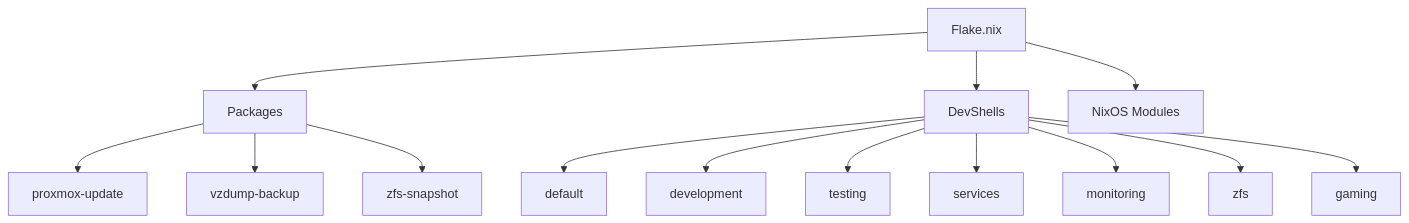
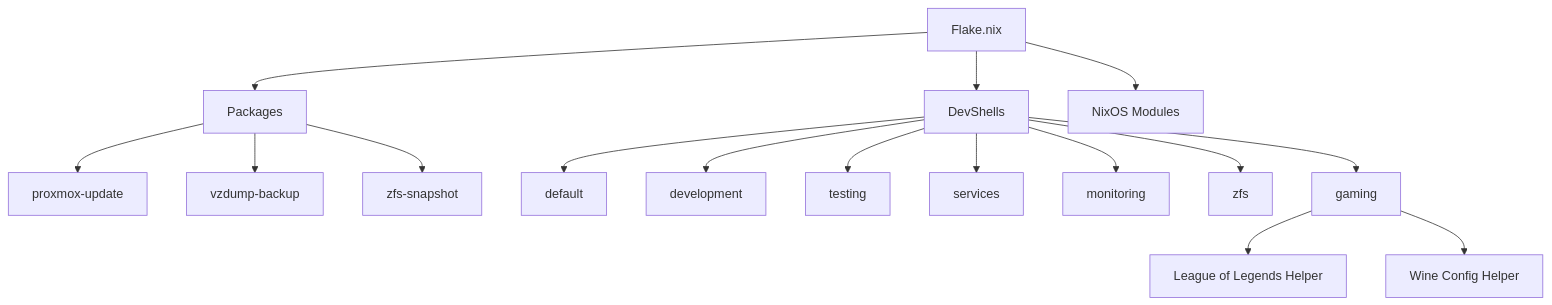
One commit to Hydepwns/nix-mox changed the fourth of 5 diagrams in docs/architecture/ARCHITECTURE.md. Above: the diagram before and after it, drawn with Mermaid. The commit also changed other lines of this file and 2 other files, not shown here.

````diff
--- a/docs/architecture/ARCHITECTURE.md
+++ b/docs/architecture/ARCHITECTURE.md
@@ -85,18 +89,20 @@
 ```mermaid
 graph TD
     A[Flake.nix] --> B[Packages]
     A --> C[DevShells]
     A --> D[NixOS Modules]
     
     B --> B1[proxmox-update]
     B --> B2[vzdump-backup]
     B --> B3[zfs-snapshot]
     
     C --> C1[default]
     C --> C2[development]
     C --> C3[testing]
     C --> C4[services]
     C --> C5[monitoring]
     C --> C6[zfs]
     C --> C7[gaming]
+    C7 --> C7a[League of Legends Helper]
+    C7 --> C7b[Wine Config Helper]
 ```
````
